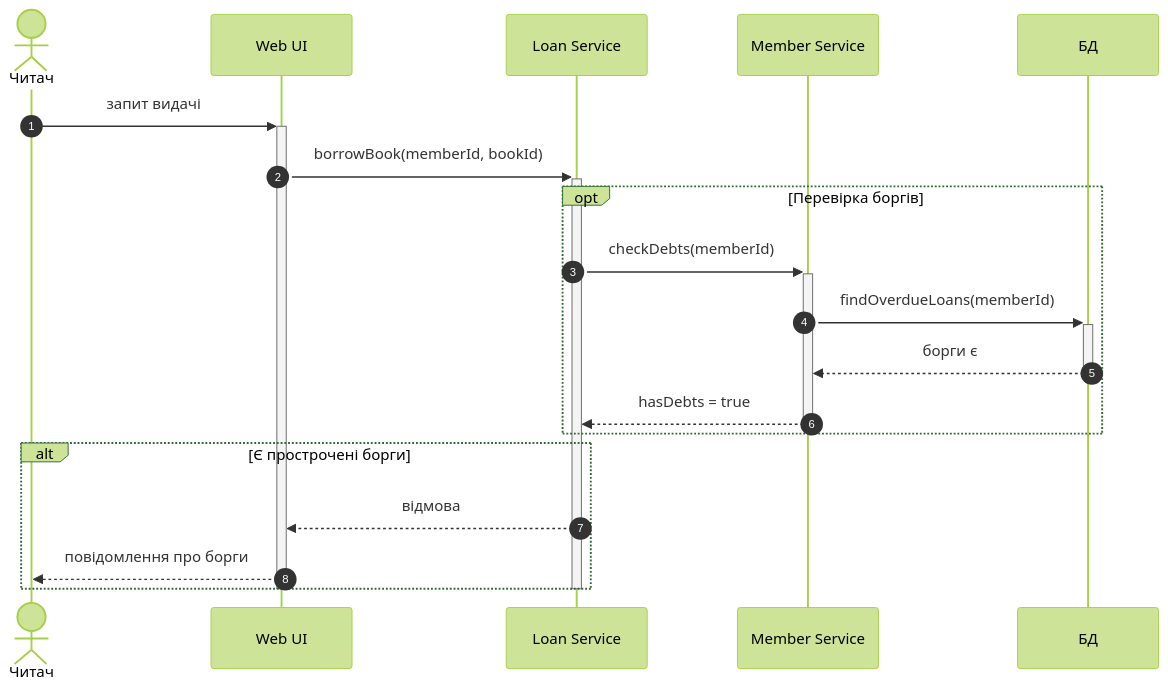
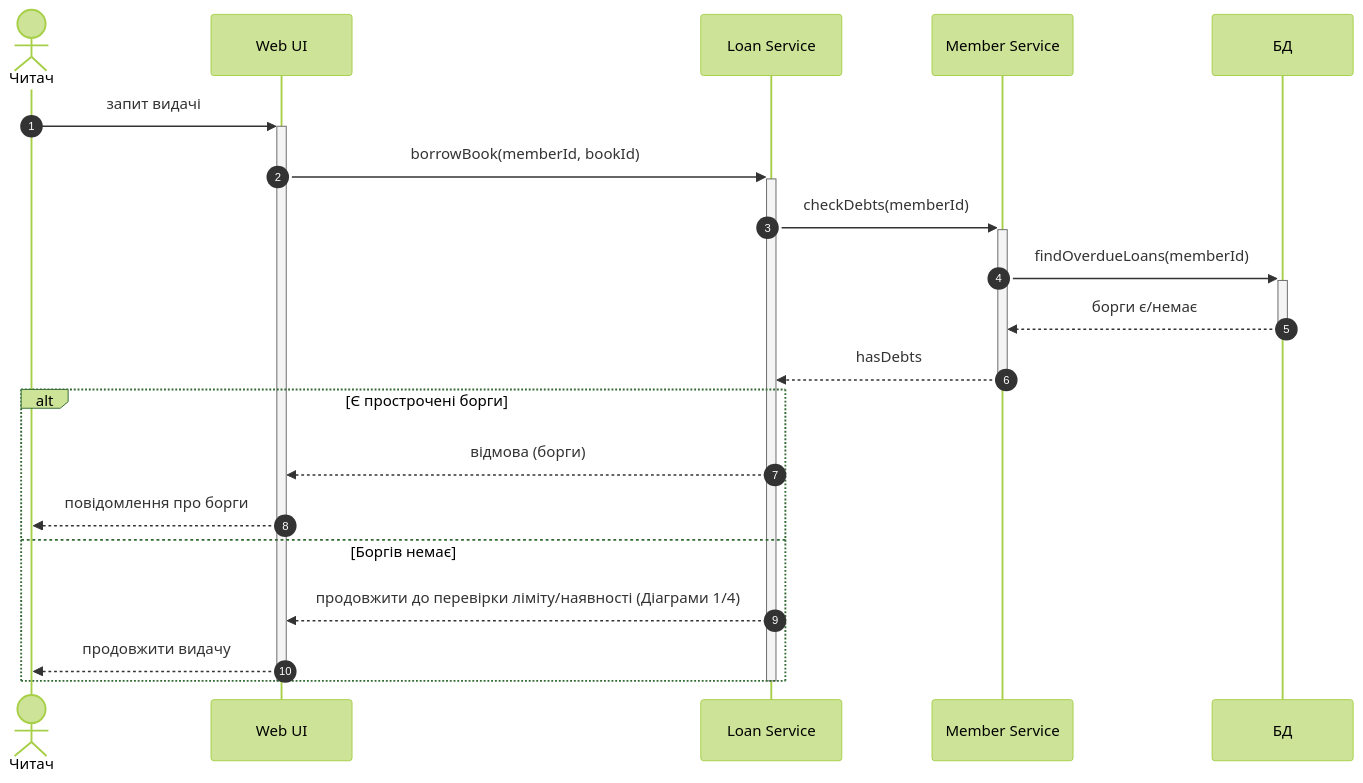
The third of 5 diagrams in task-3/sequence.md (veronikapaschenkor29-png/Library-Modeling-and-Analysis-of-Software-Requirements), drawn with Mermaid (forest theme) before and after one commit. The commit also changed other lines of this file and 1 other file, not shown here.

Commit message:
fix(task-3): sequence diagrams, activation bars, return/FINE flow

````diff
--- a/task-3/sequence.md
+++ b/task-3/sequence.md
@@ -72,24 +74,25 @@
 ```mermaid
 sequenceDiagram
     autonumber
     actor Reader as Читач
     participant WebUI as Web UI
     participant LoanService as Loan Service
     participant MemberService as Member Service
     participant DB as БД
 
     Reader->>+WebUI: запит видачі
     WebUI->>+LoanService: borrowBook(memberId, bookId)
-    opt Перевірка боргів
-        LoanService->>+MemberService: checkDebts(memberId)
-        MemberService->>+DB: findOverdueLoans(memberId)
-        DB-->>-MemberService: борги є
-        MemberService-->>-LoanService: hasDebts = true
-    end
+    LoanService->>+MemberService: checkDebts(memberId)
+    MemberService->>+DB: findOverdueLoans(memberId)
+    DB-->>-MemberService: борги є/немає
+    MemberService-->>-LoanService: hasDebts
     alt Є прострочені борги
-        LoanService-->>WebUI: відмова
+        LoanService-->>WebUI: відмова (борги)
         WebUI-->>Reader: повідомлення про борги
+    else Боргів немає
+        LoanService-->>WebUI: продовжити до перевірки ліміту/наявності (Діаграми 1/4)
+        WebUI-->>Reader: продовжити видачу
     end
     deactivate LoanService
     deactivate WebUI
 ```
````
